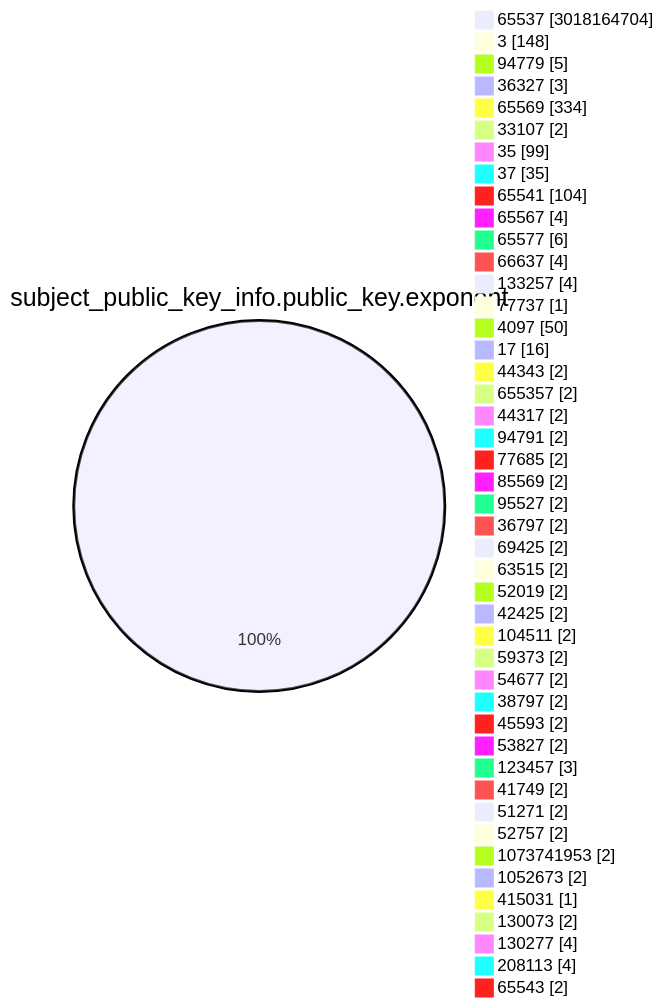
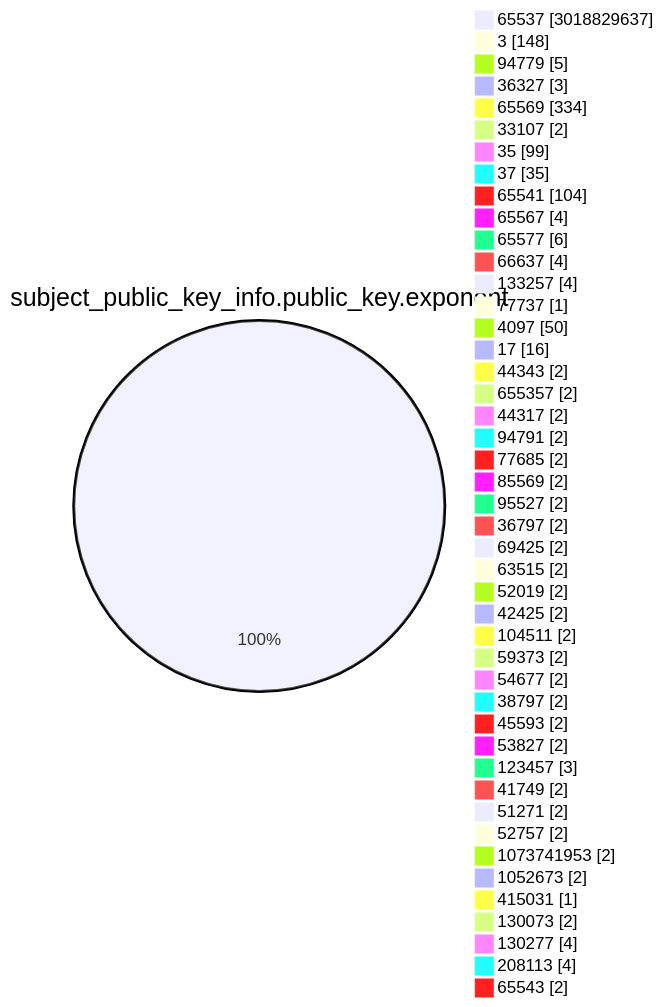
One commit to christiankrug/ctmonitor_visualization changed the fourth of 15 diagrams in TOTAL/README.md. Above: the diagram before and after it, drawn with Mermaid. The commit also changed other lines of this file, not shown here.

````diff
--- a/TOTAL/README.md
+++ b/TOTAL/README.md
@@ -1473,49 +1473,49 @@
 ```mermaid
 pie showData
 title subject_public_key_info.public_key.exponent
-"65537" :3018164704
+"65537" :3018829637
 "3" :148
 "94779" :5
 "36327" :3
 "65569" :334
 "33107" :2
 "35" :99
 "37" :35
 "65541" :104
 "65567" :4
 "65577" :6
 "66637" :4
 "133257" :4
 "77737" :1
 "4097" :50
 "17" :16
 "44343" :2
 "655357" :2
 "44317" :2
 "94791" :2
 "77685" :2
 "85569" :2
 "95527" :2
 "36797" :2
 "69425" :2
 "63515" :2
 "52019" :2
 "42425" :2
 "104511" :2
 "59373" :2
 "54677" :2
 "38797" :2
 "45593" :2
 "53827" :2
 "123457" :3
 "41749" :2
 "51271" :2
 "52757" :2
 "1073741953" :2
 "1052673" :2
 "415031" :1
 "130073" :2
 "130277" :4
 "208113" :4
 "65543" :2
 ```
````
